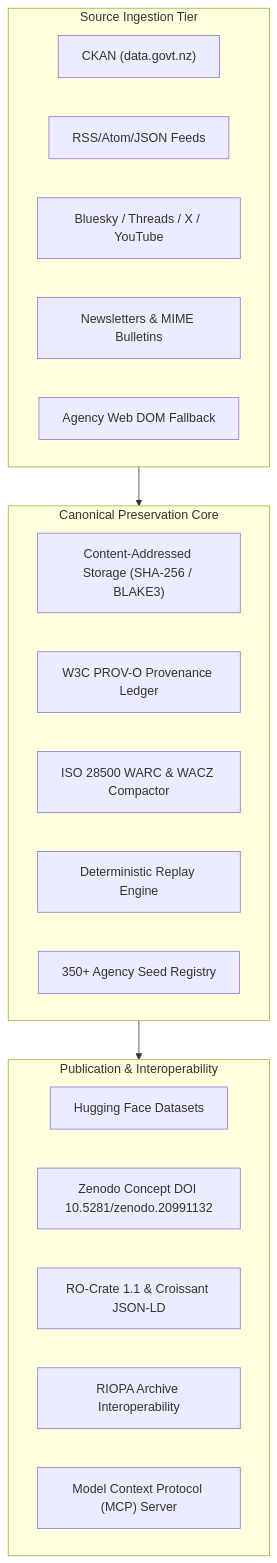
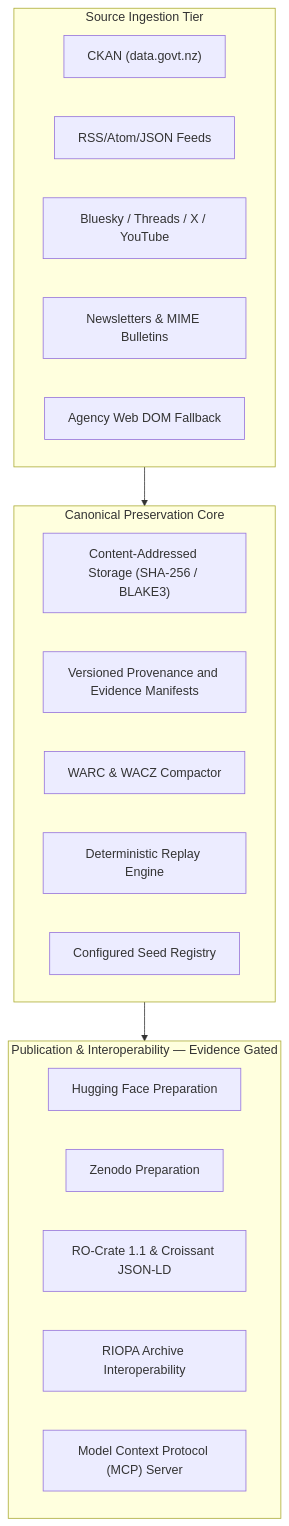
The diagram in README.md (edithatogo/archive-govt-nz), drawn with Mermaid before and after one commit. The commit also changed other lines of this file and 17 other files, not shown here.

````diff
--- a/README.md
+++ b/README.md
@@ -19,29 +25,29 @@
 ```mermaid
 flowchart TD
     subgraph Ingestion["Source Ingestion Tier"]
         CKAN["CKAN (data.govt.nz)"]
         FEEDS["RSS/Atom/JSON Feeds"]
         SOCIAL["Bluesky / Threads / X / YouTube"]
         EMAIL["Newsletters & MIME Bulletins"]
         WEB["Agency Web DOM Fallback"]
     end
 
     subgraph Core["Canonical Preservation Core"]
         CAS["Content-Addressed Storage (SHA-256 / BLAKE3)"]
-        PROV["W3C PROV-O Provenance Ledger"]
-        WARC["ISO 28500 WARC & WACZ Compactor"]
+        PROV["Versioned Provenance and Evidence Manifests"]
+        WARC["WARC & WACZ Compactor"]
         REPLAY["Deterministic Replay Engine"]
-        REGISTRY["350+ Agency Seed Registry"]
+        REGISTRY["Configured Seed Registry"]
     end
 
-    subgraph Distribution["Publication & Interoperability"]
-        HF["Hugging Face Datasets"]
-        ZENODO["Zenodo Concept DOI 10.5281/zenodo.20991132"]
+    subgraph Distribution["Publication & Interoperability — Evidence Gated"]
+        HF["Hugging Face Preparation"]
+        ZENODO["Zenodo Preparation"]
         METADATA["RO-Crate 1.1 & Croissant JSON-LD"]
         RIOPA["RIOPA Archive Interoperability"]
         MCP["Model Context Protocol (MCP) Server"]
     end
 
     Ingestion --> Core
     Core --> Distribution
 ```
````
